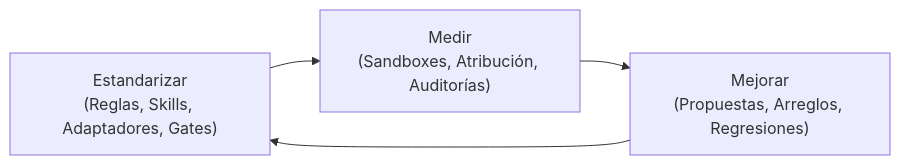
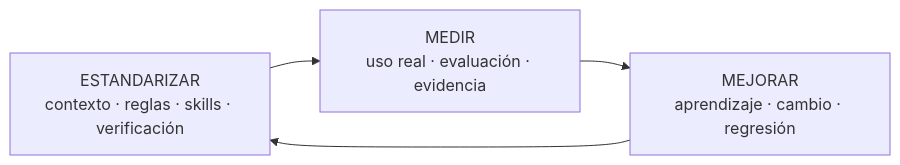
The first of 2 diagrams in docs/es/index.md (marcosdh1987/harness-engineering-guide), drawn with Mermaid before and after one commit. The commit also changed other lines of this file and 34 other files, not shown here.

````diff
--- a/docs/es/index.md
+++ b/docs/es/index.md
@@ -9,6 +16,6 @@
 ```mermaid
 flowchart LR
-    A["Estandarizar<br/>(Reglas, Skills, Adaptadores, Gates)"] --> B["Medir<br/>(Sandboxes, Atribución, Auditorías)"]
-    B --> C["Mejorar<br/>(Propuestas, Arreglos, Regresiones)"]
-    C --> A
+    S["ESTANDARIZAR<br/>contexto · reglas · skills · verificación"] --> M["MEDIR<br/>uso real · evaluación · evidencia"]
+    M --> I["MEJORAR<br/>aprendizaje · cambio · regresión"]
+    I --> S
 ```
````
